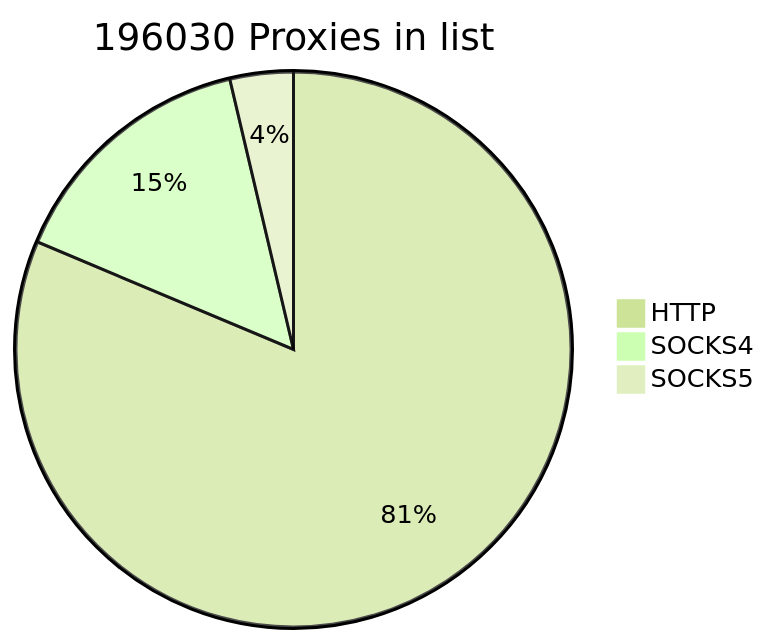
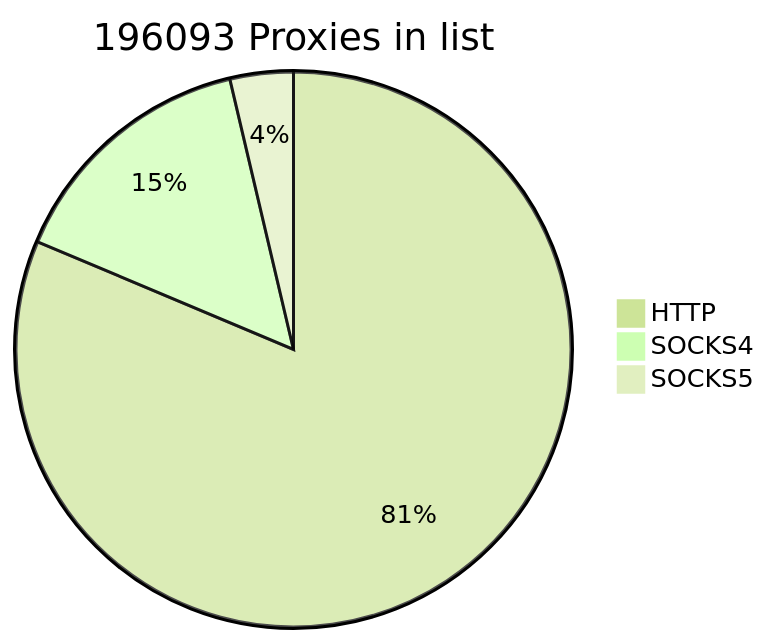
Before and after one commit to cutipu/proxylist: the first of 2 diagrams in README.md, drawn with Mermaid (forest theme). The commit also changed other lines of this file, not shown here.

````diff
--- a/README.md
+++ b/README.md
@@ -9,7 +9,7 @@
 ```mermaid
-pie title 196030 Proxies in list
-    "HTTP" : 159433
+pie title 196093 Proxies in list
+    "HTTP" : 159502
     "SOCKS4" : 29376
-    "SOCKS5" : 7221
+    "SOCKS5" : 7215
             
 ```
````
